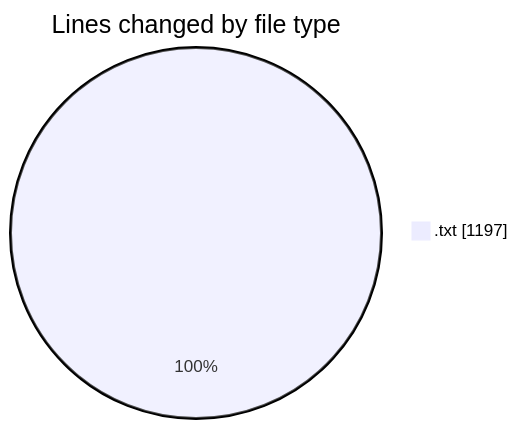
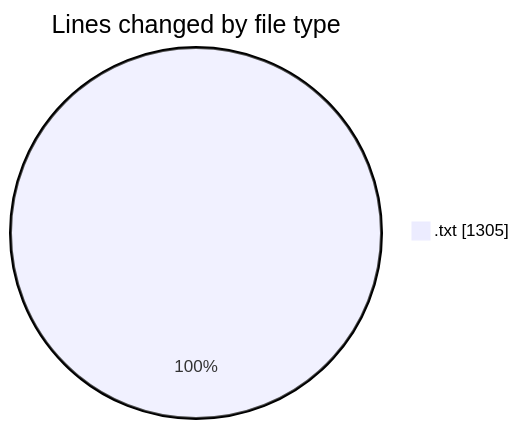
The first of 2 diagrams in 2026-11-23/cilapp/README.md (ricardozamudiocil/code-tracking), drawn with Mermaid before and after one commit. The commit also changed other lines of this file and 1 other file, not shown here.

````diff
--- a/2026-11-23/cilapp/README.md
+++ b/2026-11-23/cilapp/README.md
@@ -20,5 +20,5 @@
 ```mermaid
 pie showData
 title Lines changed by file type
-".txt" : 1197
+".txt" : 1305
 ```
````
